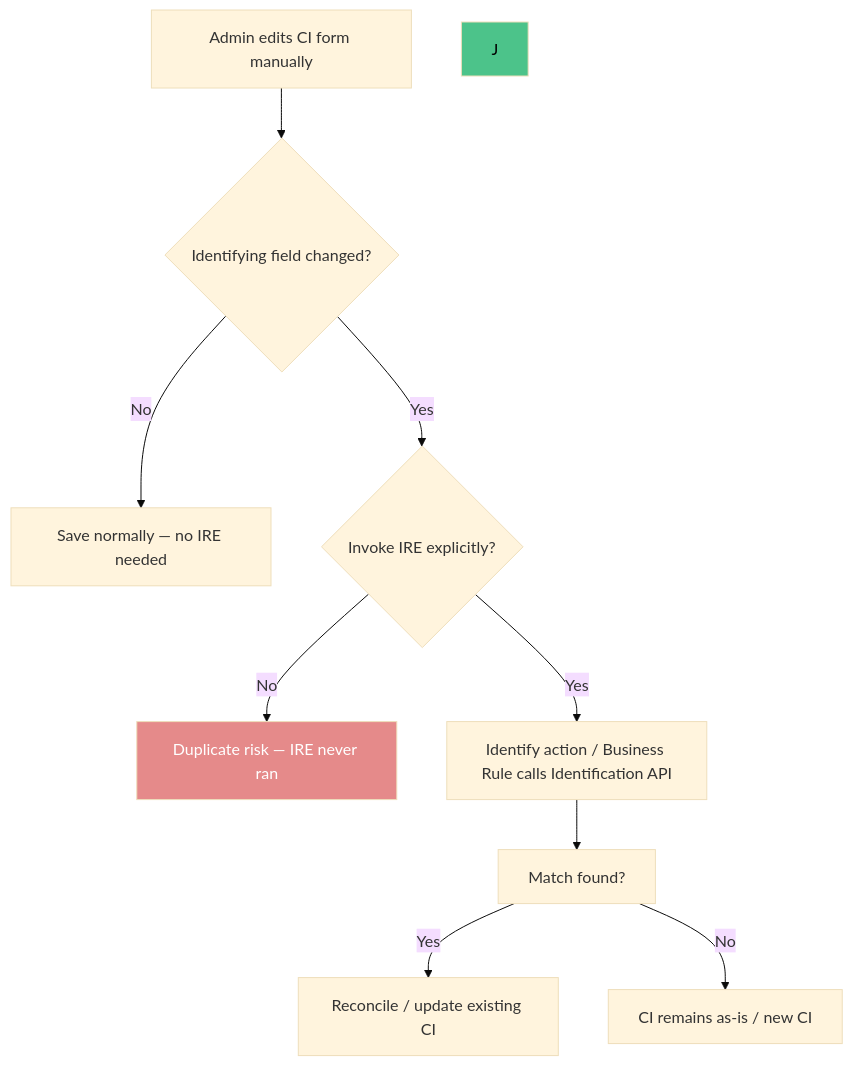
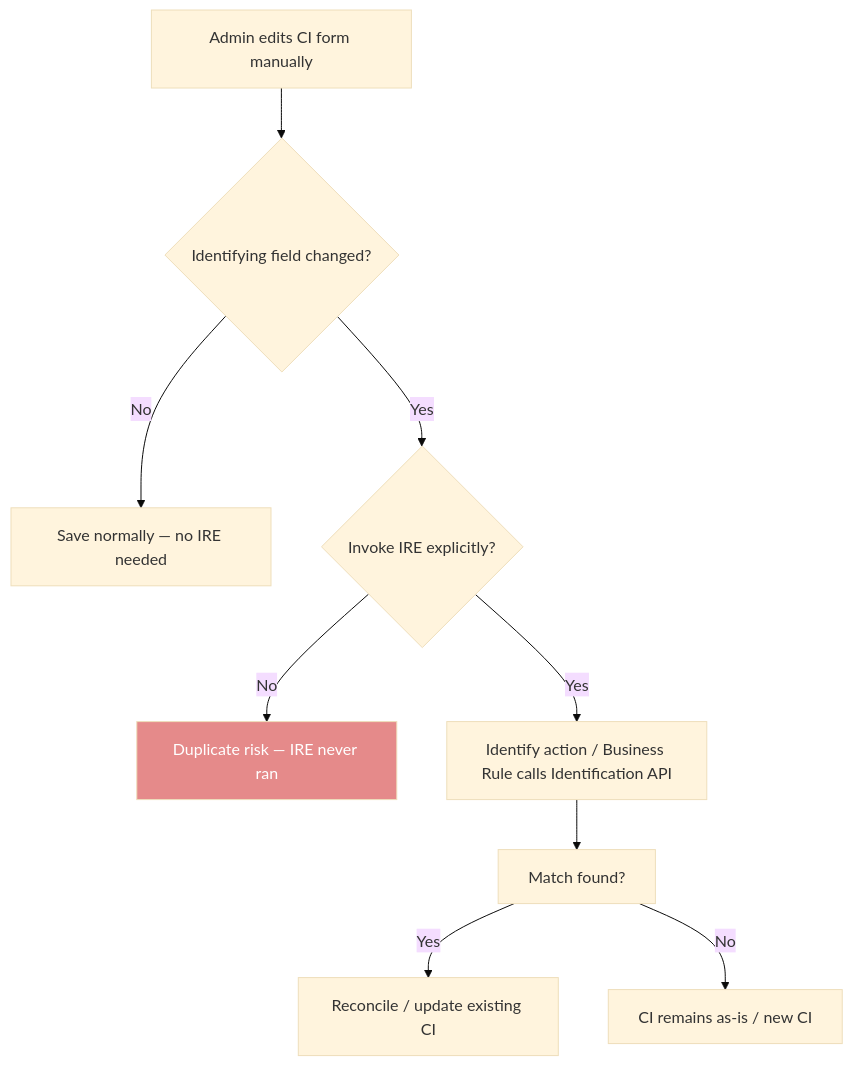
The seventh of 8 diagrams in docs/modules/cmdb/cmdb-guide.md (eltonaguiar/ServiceNow_Learning_TSOM-_CSM_FSM_SalesCRM_HAM_ITSM), drawn with Mermaid (base theme) before and after one commit. The commit also changed other lines of this file, not shown here.

Commit message:
Fix CMDB Mermaid diagram: remove special chars from node labels that break Mermaid 10 parsing

````diff
--- a/docs/modules/cmdb/cmdb-guide.md
+++ b/docs/modules/cmdb/cmdb-guide.md
@@ -1312,13 +1307,12 @@
 ```mermaid
 flowchart TD
     A[Admin edits CI form manually] --> B{Identifying field changed?}
     B -->|No| C[Save normally — no IRE needed]
     B -->|Yes| D{Invoke IRE explicitly?}
     D -->|No| E[Duplicate risk — IRE never ran]
     D -->|Yes| F[Identify action / Business Rule calls Identification API]
     F --> G[Match found?]
     G -->|Yes| H[Reconcile / update existing CI]
     G -->|No| I[CI remains as-is / new CI]
     style E fill:#e58a8a,color:#fff
-    style J fill:#4cc38a,color:#000
 ```
````
